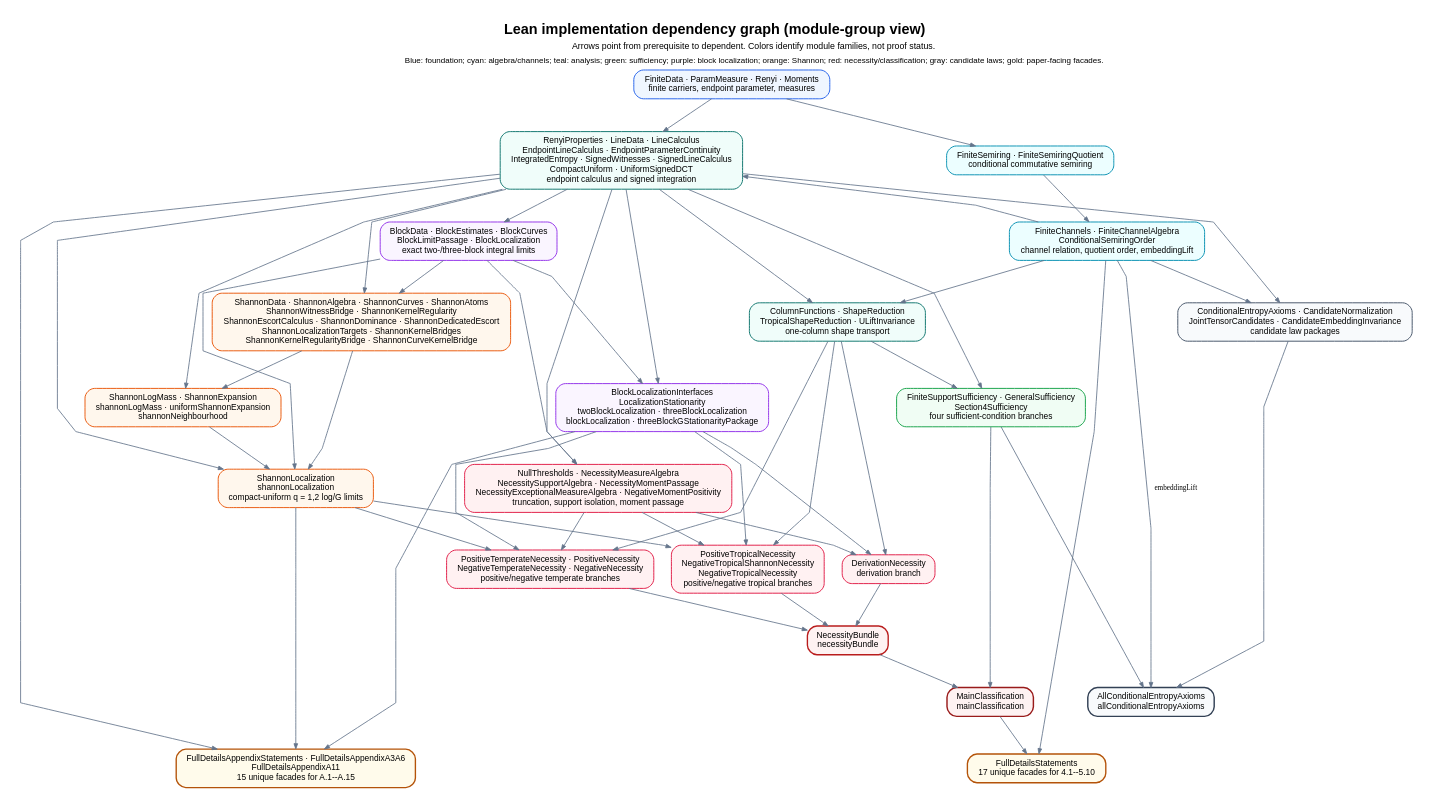
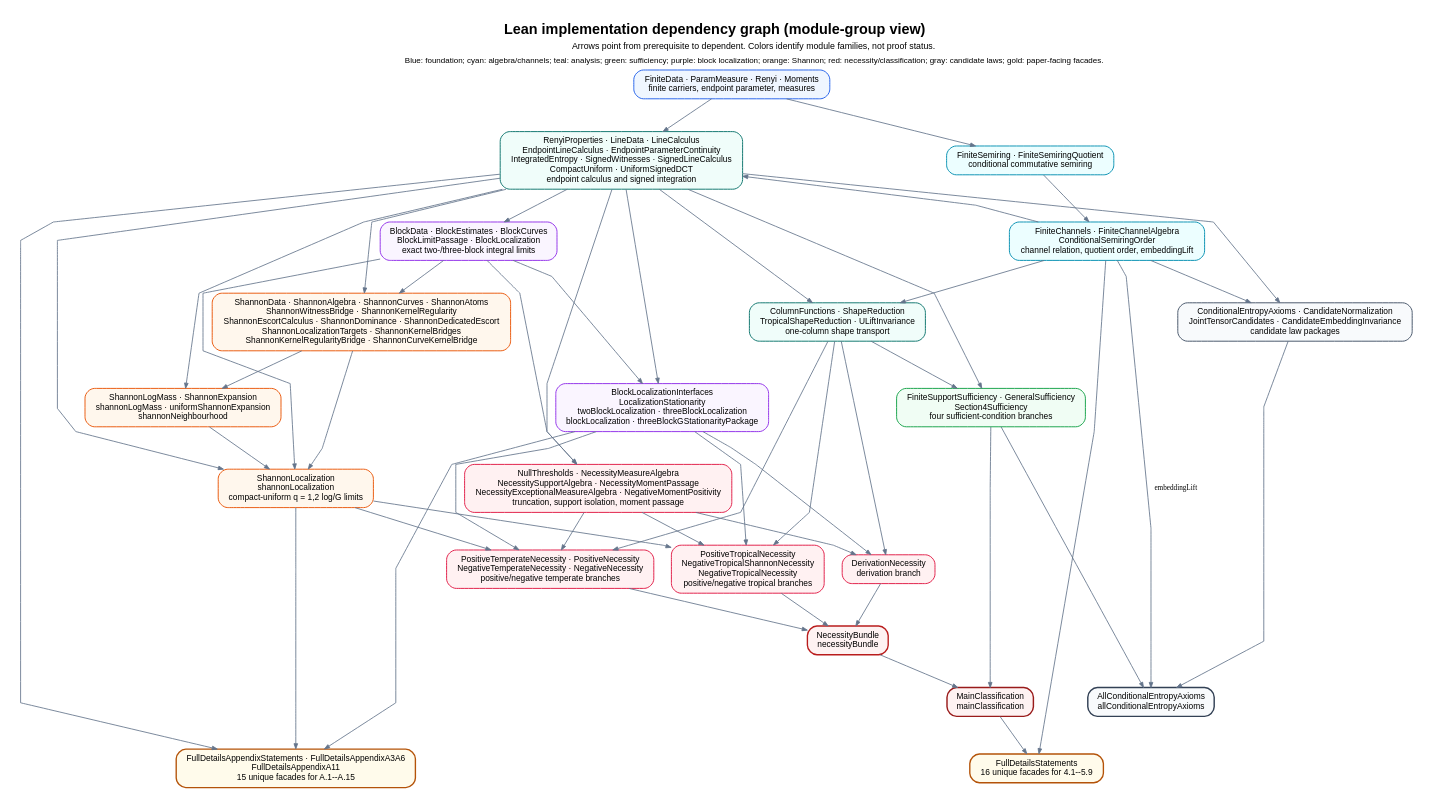
Before and after one commit to robertorubboli/A-complete-characterization-of-conditional-entropies: the diagram in paper/dependency-graph.dot, drawn with Graphviz. The commit also changed 19 other files, not shown here.

```diff
--- a/paper/dependency-graph.dot
+++ b/paper/dependency-graph.dot
@@ -1,128 +1,128 @@
 digraph ConditionalEntropyDependencies {
   graph [rankdir=TB, bgcolor="white", pad=0.25, nodesep=0.30,
          ranksep=0.55, splines=polyline, newrank=true,
          fontname="Arial", fontsize=18,
          label=<<FONT POINT-SIZE="18"><B>Lean implementation dependency graph (module-group view)</B></FONT><BR/>
                 <FONT POINT-SIZE="11">Arrows point from prerequisite to dependent. Colors identify module families, not proof status.</FONT><BR/>
                 <FONT POINT-SIZE="10">Blue: foundation; cyan: algebra/channels; teal: analysis; green: sufficiency; purple: block localization; orange: Shannon; red: necessity/classification; gray: candidate laws; gold: paper-facing facades.</FONT>>,
          labelloc=t];
   node [shape=box, style="rounded,filled", penwidth=1.2,
         fontname="Arial", fontsize=10.5, margin="0.15,0.09"];
   edge [color="#64748b", penwidth=1.05, arrowsize=0.65];
 
   foundation [label="FiniteData · ParamMeasure · Renyi · Moments\nfinite carriers, endpoint parameter, measures",
               fillcolor="#eff6ff", color="#2563eb"];
 
   semiring [label="FiniteSemiring · FiniteSemiringQuotient\nconditional commutative semiring",
             fillcolor="#ecfeff", color="#0891b2"];
   channels [label="FiniteChannels · FiniteChannelAlgebra\nConditionalSemiringOrder\nchannel relation, quotient order, embeddingLift",
             fillcolor="#ecfeff", color="#0891b2"];
 
   endpoint [label="RenyiProperties · LineData · LineCalculus\nEndpointLineCalculus · EndpointParameterContinuity\nIntegratedEntropy · SignedWitnesses · SignedLineCalculus\nCompactUniform · UniformSignedDCT\nendpoint calculus and signed integration",
             fillcolor="#f0fdfa", color="#0f766e"];
   shape [label="ColumnFunctions · ShapeReduction\nTropicalShapeReduction · ULiftInvariance\none-column shape transport",
          fillcolor="#f0fdfa", color="#0f766e"];
 
   sufficiency [label="FiniteSupportSufficiency · GeneralSufficiency\nSection4Sufficiency\nfour sufficient-condition branches",
                fillcolor="#f0fdf4", color="#16a34a"];
 
   block [label="BlockData · BlockEstimates · BlockCurves\nBlockLimitPassage · BlockLocalization\nexact two-/three-block integral limits",
          fillcolor="#faf5ff", color="#9333ea"];
   block_interface [label="BlockLocalizationInterfaces\nLocalizationStationarity\ntwoBlockLocalization · threeBlockLocalization\nblockLocalization · threeBlockGStationarityPackage",
                    fillcolor="#faf5ff", color="#9333ea"];
 
   shannon_core [label="ShannonData · ShannonAlgebra · ShannonCurves · ShannonAtoms\nShannonWitnessBridge · ShannonKernelRegularity\nShannonEscortCalculus · ShannonDominance · ShannonDedicatedEscort\nShannonLocalizationTargets · ShannonKernelBridges\nShannonKernelRegularityBridge · ShannonCurveKernelBridge",
                 fillcolor="#fff7ed", color="#ea580c"];
   shannon_asymptotics [label="ShannonLogMass · ShannonExpansion\nshannonLogMass · uniformShannonExpansion\nshannonNeighbourhood",
                        fillcolor="#fff7ed", color="#ea580c"];
   shannon_localization [label="ShannonLocalization\nshannonLocalization\ncompact-uniform q = 1,2 log/G limits",
                         fillcolor="#fff7ed", color="#ea580c"];
 
   necessity_measure [label="NullThresholds · NecessityMeasureAlgebra\nNecessitySupportAlgebra · NecessityMomentPassage\nNecessityExceptionalMeasureAlgebra · NegativeMomentPositivity\ntruncation, support isolation, moment passage",
                      fillcolor="#fff1f2", color="#e11d48"];
   temperate [label="PositiveTemperateNecessity · PositiveNecessity\nNegativeTemperateNecessity · NegativeNecessity\npositive/negative temperate branches",
              fillcolor="#fff1f2", color="#e11d48"];
   tropical [label="PositiveTropicalNecessity\nNegativeTropicalShannonNecessity\nNegativeTropicalNecessity\npositive/negative tropical branches",
             fillcolor="#fff1f2", color="#e11d48"];
   derivation [label="DerivationNecessity\nderivation branch",
               fillcolor="#fff1f2", color="#e11d48"];
 
   necessity_bundle [label="NecessityBundle\nnecessityBundle",
                     fillcolor="#fef2f2", color="#b91c1c", penwidth=1.7];
   classification [label="MainClassification\nmainClassification",
                   fillcolor="#fef2f2", color="#991b1b", penwidth=1.8];
 
   candidate_axioms [label="ConditionalEntropyAxioms · CandidateNormalization\nJointTensorCandidates · CandidateEmbeddingInvariance\ncandidate law packages",
                     fillcolor="#f8fafc", color="#475569"];
   all_axioms [label="AllConditionalEntropyAxioms\nallConditionalEntropyAxioms",
               fillcolor="#f8fafc", color="#334155", penwidth=1.8];
 
-  main_facades [label="FullDetailsStatements\n17 unique facades for 4.1--5.10",
+  main_facades [label="FullDetailsStatements\n16 unique facades for 4.1--5.9",
                 fillcolor="#fffbeb", color="#b45309", penwidth=1.7];
   appendix_facades [label="FullDetailsAppendixStatements · FullDetailsAppendixA3A6\nFullDetailsAppendixA11\n15 unique facades for A.1--A.15",
                     fillcolor="#fffbeb", color="#b45309", penwidth=1.7];
 
   { rank=same; semiring; endpoint }
   { rank=same; sufficiency; block_interface; shannon_asymptotics }
   { rank=same; temperate; tropical; derivation }
   { rank=same; classification; all_axioms }
   { rank=same; main_facades; appendix_facades }
 
   foundation -> semiring;
   foundation -> endpoint;
   semiring -> channels;
   channels -> endpoint;
   channels -> shape;
   endpoint -> shape;
 
   endpoint -> sufficiency;
   shape -> sufficiency;
 
   endpoint -> block;
   block -> block_interface;
   endpoint -> block_interface;
 
   block -> shannon_core;
   endpoint -> shannon_core;
   shannon_core -> shannon_asymptotics;
   endpoint -> shannon_asymptotics;
   shannon_asymptotics -> shannon_localization;
   shannon_core -> shannon_localization;
   block -> shannon_localization;
   endpoint -> shannon_localization;
 
   endpoint -> necessity_measure;
   block -> necessity_measure;
 
   shape -> temperate;
   block_interface -> temperate;
   shannon_localization -> temperate;
   necessity_measure -> temperate;
 
   shape -> tropical;
   block_interface -> tropical;
   shannon_localization -> tropical;
   necessity_measure -> tropical;
 
   shape -> derivation;
   block_interface -> derivation;
   necessity_measure -> derivation;
 
   temperate -> necessity_bundle;
   tropical -> necessity_bundle;
   derivation -> necessity_bundle;
   necessity_bundle -> classification;
   sufficiency -> classification;
 
   channels -> candidate_axioms;
   endpoint -> candidate_axioms;
   candidate_axioms -> all_axioms;
   sufficiency -> all_axioms;
   channels -> all_axioms [label="embeddingLift", fontsize=9];
 
   classification -> main_facades;
   channels -> main_facades;
   endpoint -> appendix_facades;
   block_interface -> appendix_facades;
   shannon_localization -> appendix_facades;
 }
```
